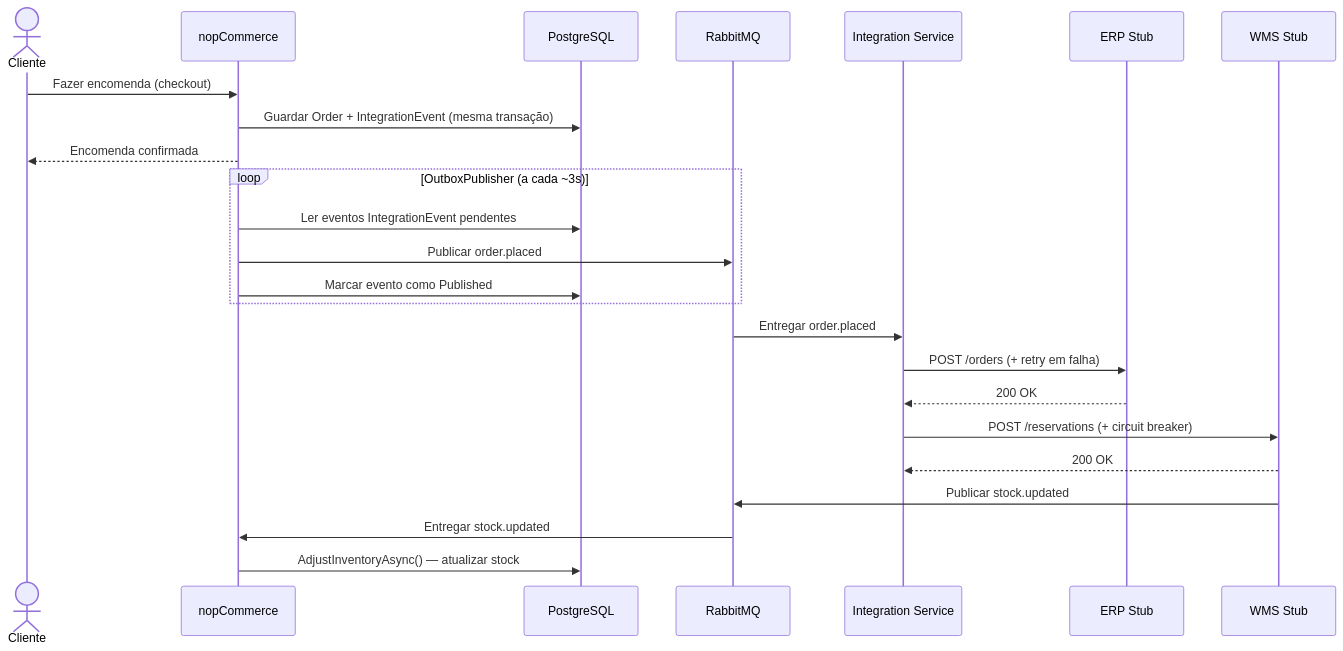
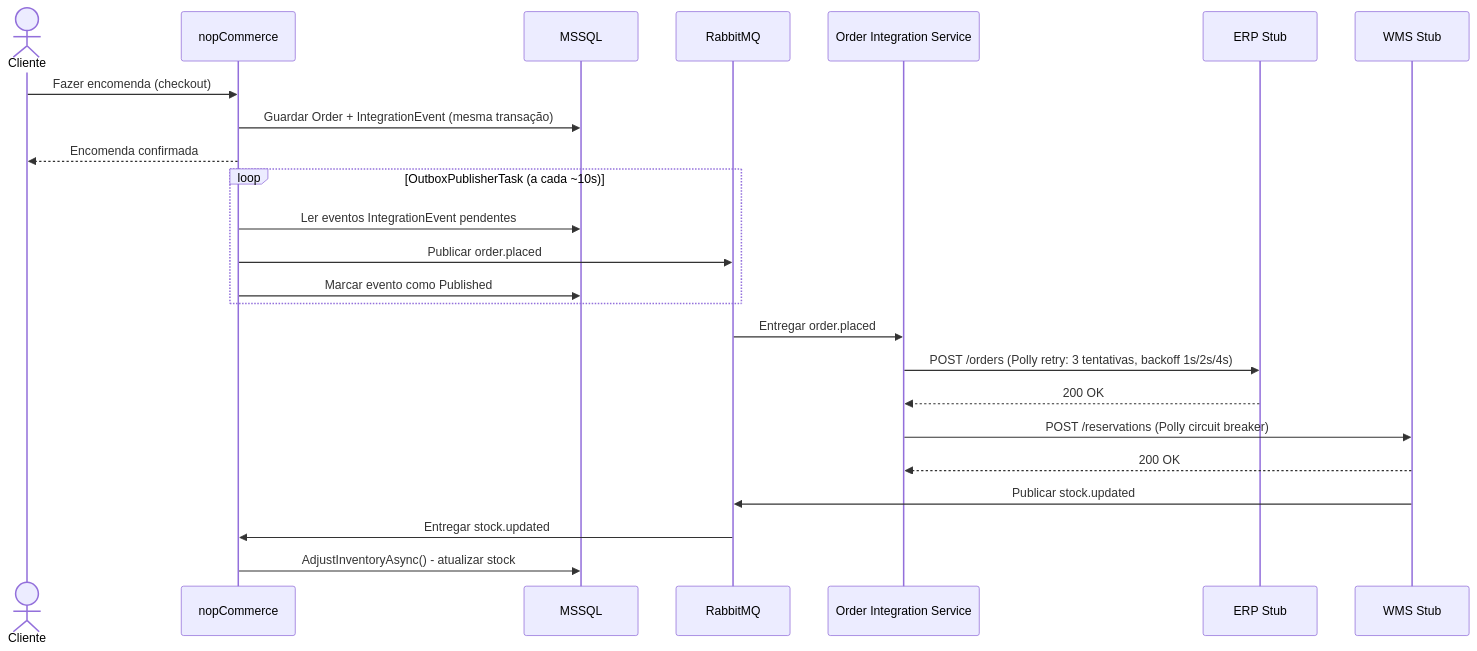
One commit to AS-Assignment2/AS-2-NopCommerce changed the first of 2 diagrams in docs/resumo-projeto.md. Above: the diagram before and after it, drawn with Mermaid. The commit also changed other lines of this file and 24 other files, not shown here.

````diff
--- a/docs/resumo-projeto.md
+++ b/docs/resumo-projeto.md
@@ -145,29 +158,29 @@
 ```mermaid
 sequenceDiagram
     actor Cliente
     participant NOP as nopCommerce
-    participant DB as PostgreSQL
+    participant DB as MSSQL
     participant RMQ as RabbitMQ
-    participant IntSvc as Integration Service
+    participant OIS as Order Integration Service
     participant ERP as ERP Stub
     participant WMS as WMS Stub
 
     Cliente->>NOP: Fazer encomenda (checkout)
     NOP->>DB: Guardar Order + IntegrationEvent (mesma transação)
     NOP-->>Cliente: Encomenda confirmada
 
-    loop OutboxPublisher (a cada ~3s)
+    loop OutboxPublisherTask (a cada ~10s)
         NOP->>DB: Ler eventos IntegrationEvent pendentes
         NOP->>RMQ: Publicar order.placed
         NOP->>DB: Marcar evento como Published
     end
 
-    RMQ->>IntSvc: Entregar order.placed
-    IntSvc->>ERP: POST /orders (+ retry em falha)
-    ERP-->>IntSvc: 200 OK
-    IntSvc->>WMS: POST /reservations (+ circuit breaker)
-    WMS-->>IntSvc: 200 OK
+    RMQ->>OIS: Entregar order.placed
+    OIS->>ERP: POST /orders (Polly retry: 3 tentativas, backoff 1s/2s/4s)
+    ERP-->>OIS: 200 OK
+    OIS->>WMS: POST /reservations (Polly circuit breaker)
+    WMS-->>OIS: 200 OK
     WMS->>RMQ: Publicar stock.updated
     RMQ->>NOP: Entregar stock.updated
-    NOP->>DB: AdjustInventoryAsync() — atualizar stock
+    NOP->>DB: AdjustInventoryAsync() - atualizar stock
 ```
````
